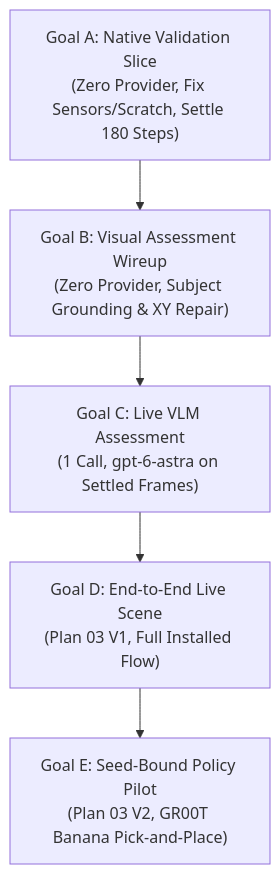
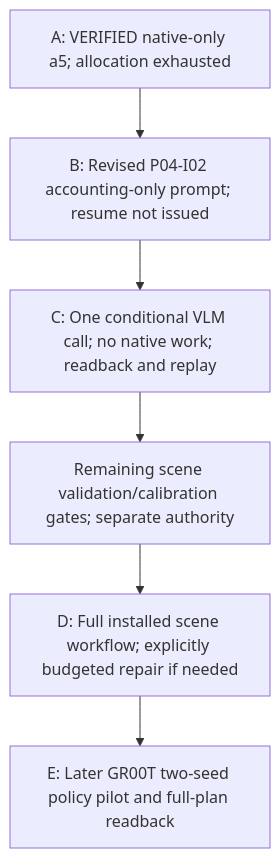
The diagram in .agents/references/plans/event_mapping/event-mapping-refactoring_plan_04.md (boredengineering/IsaacLab-Arena), drawn with Mermaid before and after one commit. The commit also changed other lines of this file and 38 other files, not shown here.

Commit message:
02-installed visual assessment uncovered new issue a hardcoded schema version check in the database interaction prevented proper cleanup for schema 4 operations, leaving the run in a pending state.

````diff
--- a/.agents/references/plans/event_mapping/event-mapping-refactoring_plan_04.md
+++ b/.agents/references/plans/event_mapping/event-mapping-refactoring_plan_04.md
@@ -165,7 +199,8 @@
 ```mermaid
 flowchart TD
-    GA["Goal A: Native Validation Slice\n(Zero Provider, Fix Sensors/Scratch, Settle 180 Steps)"] --> GB["Goal B: Visual Assessment Wireup\n(Zero Provider, Subject Grounding & XY Repair)"]
-    GB --> GC["Goal C: Live VLM Assessment\n(1 Call, gpt-6-astra on Settled Frames)"]
-    GC --> GD["Goal D: End-to-End Live Scene\n(Plan 03 V1, Full Installed Flow)"]
-    GD --> GE["Goal E: Seed-Bound Policy Pilot\n(Plan 03 V2, GR00T Banana Pick-and-Place)"]
+    GA["A: VERIFIED native-only a5; allocation exhausted"] --> GB["B: Revised P04-I02 accounting-only prompt; resume not issued"]
+    GB --> GC["C: One conditional VLM call; no native work; readback and replay"]
+    GC --> VP["Remaining scene validation/calibration gates; separate authority"]
+    VP --> GD["D: Full installed scene workflow; explicitly budgeted repair if needed"]
+    GD --> GE["E: Later GR00T two-seed policy pilot and full-plan readback"]
 ```
````
